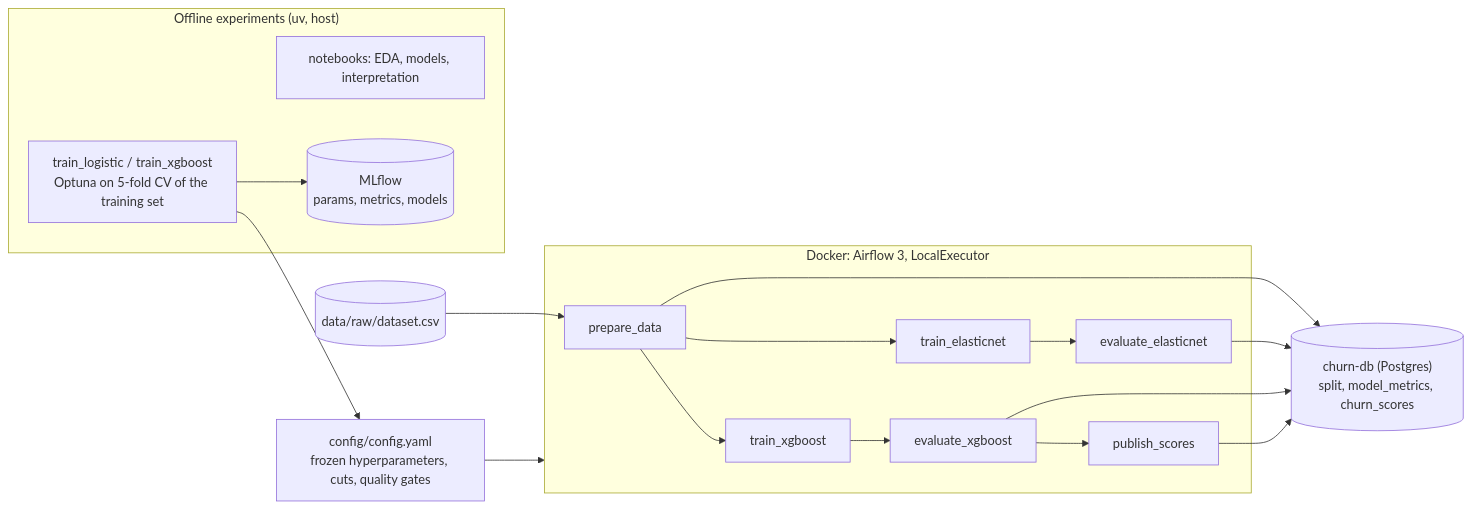
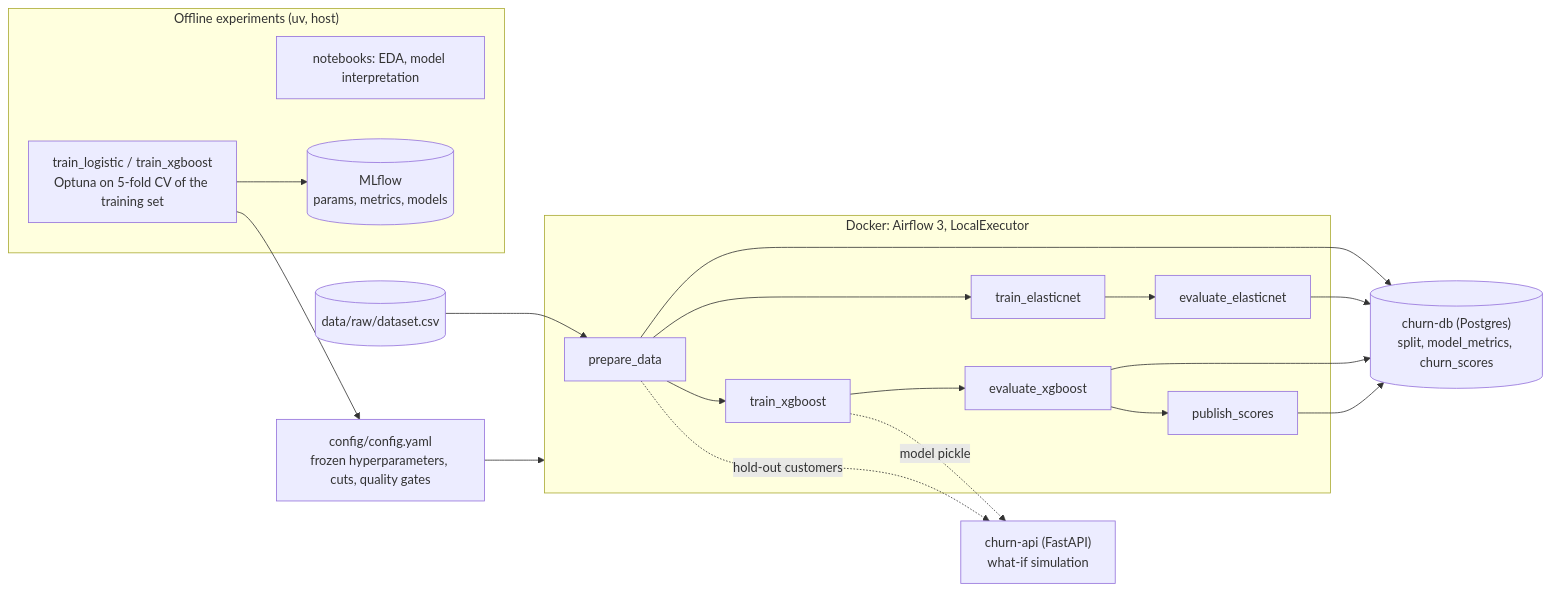
The diagram in README.md (mmazzini01/SDG_churn_tech_test), drawn with Mermaid before and after one commit. The commit also changed other lines of this file and 7 other files, not shown here.

First line of the commit message:
Remove code the production models and notebooks no longer use

````diff
--- a/README.md
+++ b/README.md
@@ -26,22 +28,25 @@
 ```mermaid
 flowchart LR
     subgraph offline["Offline experiments (uv, host)"]
-        NB["notebooks: EDA, models, interpretation"]
+        NB["notebooks: EDA, model interpretation"]
         TR["train_logistic / train_xgboost<br/>Optuna on 5-fold CV of the training set"]
         MLF[("MLflow<br/>params, metrics, models")]
         TR --> MLF
     end
     CFG["config/config.yaml<br/>frozen hyperparameters, cuts, quality gates"]
     TR --> CFG
     subgraph docker["Docker: Airflow 3, LocalExecutor"]
         P[prepare_data] --> TE[train_elasticnet] --> EE[evaluate_elasticnet]
         P --> TX[train_xgboost] --> EX[evaluate_xgboost] --> PS[publish_scores]
     end
     CSV[("data/raw/dataset.csv")] --> P
     CFG --> docker
     DB[("churn-db (Postgres)<br/>split, model_metrics, churn_scores")]
     P --> DB
     EE --> DB
     EX --> DB
     PS --> DB
+    API["churn-api (FastAPI)<br/>what-if simulation"]
+    TX -. model pickle .-> API
+    P -. hold-out customers .-> API
 ```
````
